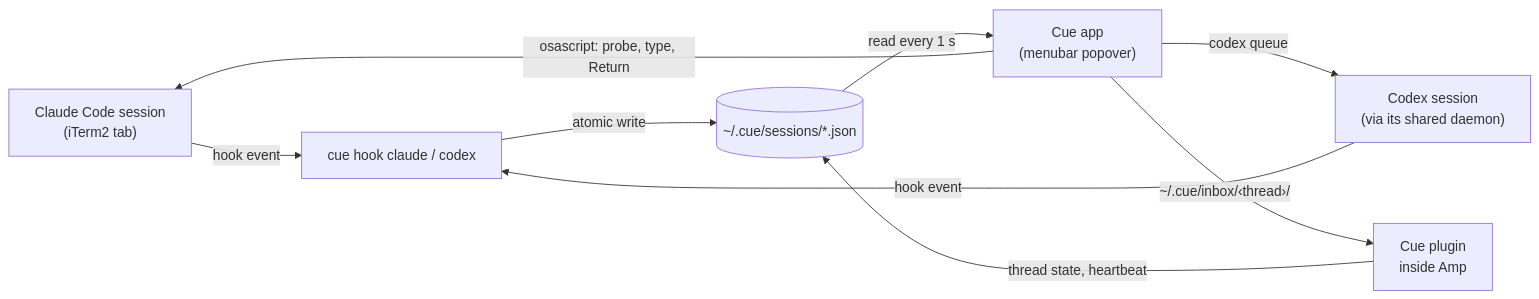
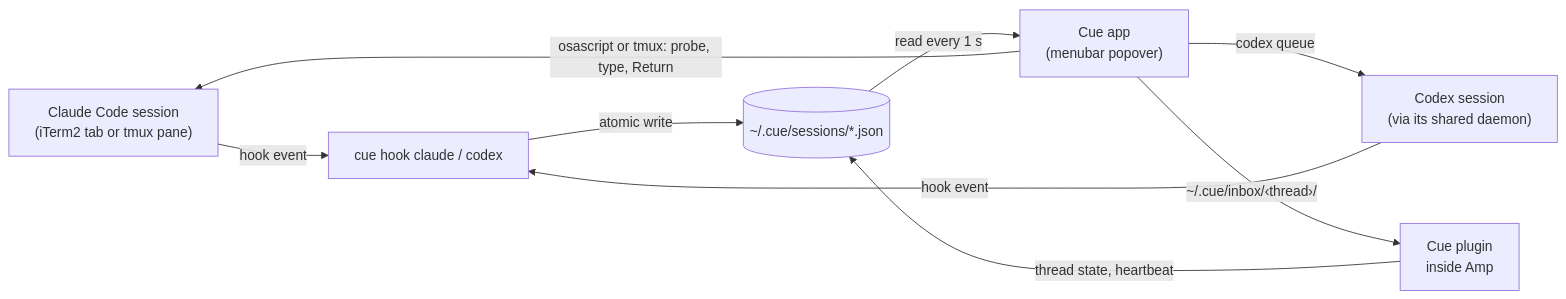
One commit to haikelz/cue changed the first of 3 diagrams in docs/architecture.md. Above: the diagram before and after it, drawn with Mermaid. The commit also changed other lines of this file and 3 other files, not shown here.

Commit message:
docs: describe tmux delivery, the hotkey, the Codex hook check and full replies

````diff
--- a/docs/architecture.md
+++ b/docs/architecture.md
@@ -5,11 +5,11 @@
 ```mermaid
 flowchart LR
-    C["Claude Code session<br/>(iTerm2 tab)"] -- "hook event" --> H["cue hook claude / codex"]
+    C["Claude Code session<br/>(iTerm2 tab or tmux pane)"] -- "hook event" --> H["cue hook claude / codex"]
     X["Codex session<br/>(via its shared daemon)"] -- "hook event" --> H
     P["Cue plugin<br/>inside Amp"] -- "thread state, heartbeat" --> F
     H -- "atomic write" --> F[("~/.cue/sessions/*.json")]
     F -- "read every 1 s" --> A["Cue app<br/>(menubar popover)"]
-    A -- "osascript: probe, type, Return" --> C
+    A -- "osascript or tmux: probe, type, Return" --> C
     A -- "codex queue" --> X
     A -- "~/.cue/inbox/‹thread›/" --> P
 ```
````
